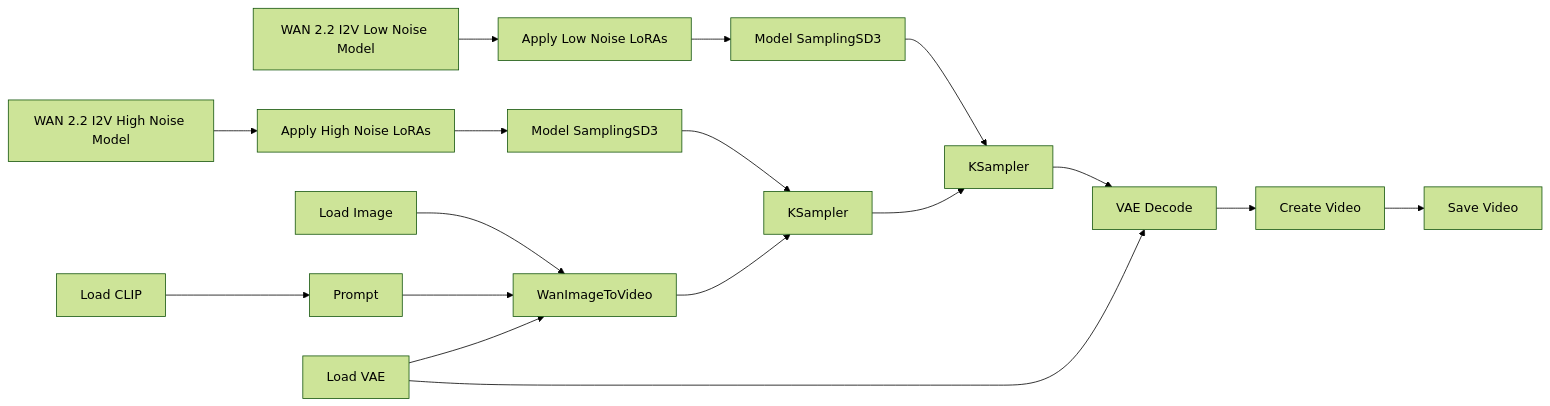
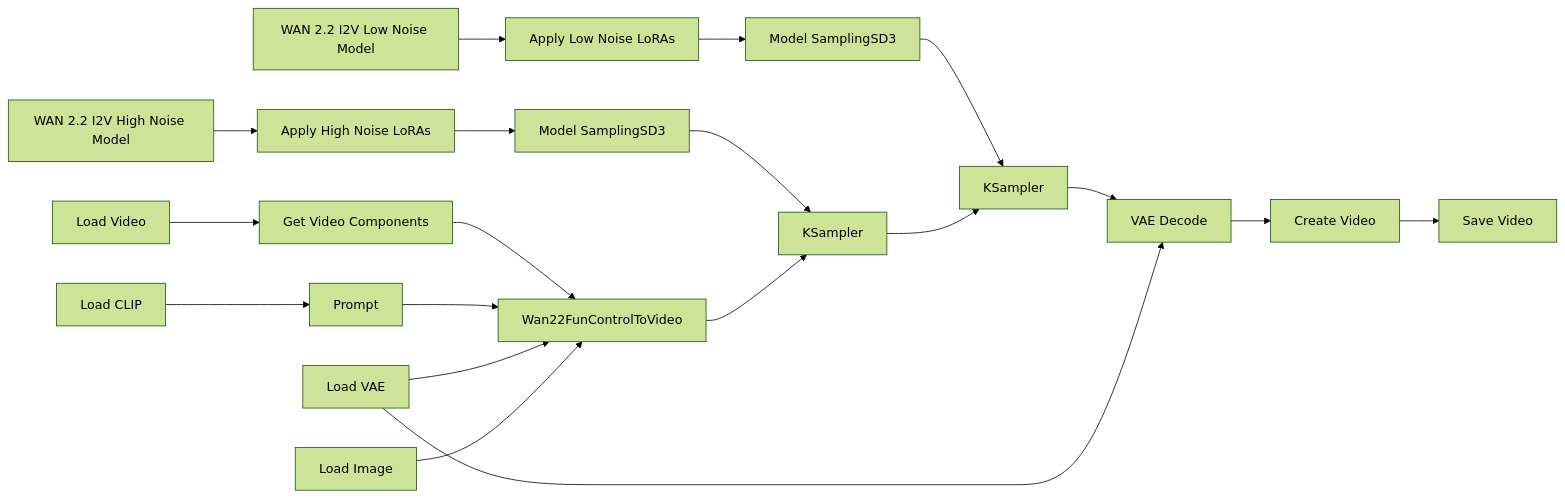
Before and after one commit to felipebottega/AI-Audiovisual-Lab: the diagram in ComfyUI/Guide-ComfyUI-V2V.md, drawn with Mermaid (forest theme). The commit also changed other lines of this file, not shown here.

````diff
--- a/ComfyUI/Guide-ComfyUI-V2V.md
+++ b/ComfyUI/Guide-ComfyUI-V2V.md
@@ -9,10 +9,11 @@
 ```mermaid
 flowchart LR
     A1[WAN 2.2 I2V High Noise Model] --> B1[Apply High Noise LoRAs] --> C1[Model SamplingSD3] --> D1[KSampler]
     A2[WAN 2.2 I2V Low Noise Model] --> B2[Apply Low Noise LoRAs] --> C2[Model SamplingSD3] --> D2[KSampler]
     D1 --> D2 --> E[VAE Decode] --> F[Create Video] --> G[Save Video]
-    A3[Load Image] --> B3[WanImageToVideo] --> D1
-    A4[Load CLIP] --> B4[Prompt] --> B3
-    A5[Load VAE] --> B3
+    A3[Load Video] --> B3[Get Video Components] --> D3[Wan22FunControlToVideo] --> D1
+    A4[Load CLIP] --> B4[Prompt] --> D3
+    A5[Load VAE] --> D3
+    A6[Load Image] --> D3
     A5 --> E
 ```
````
